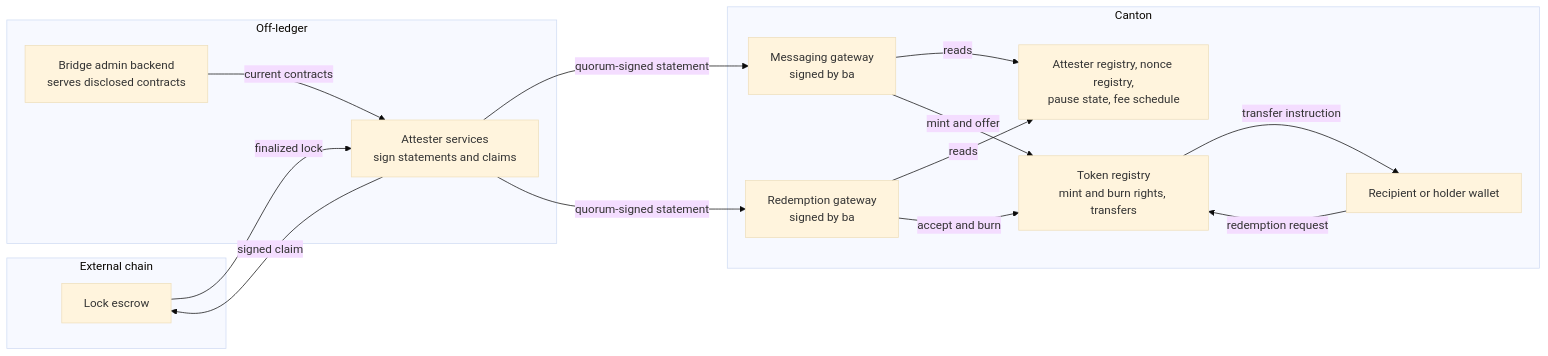
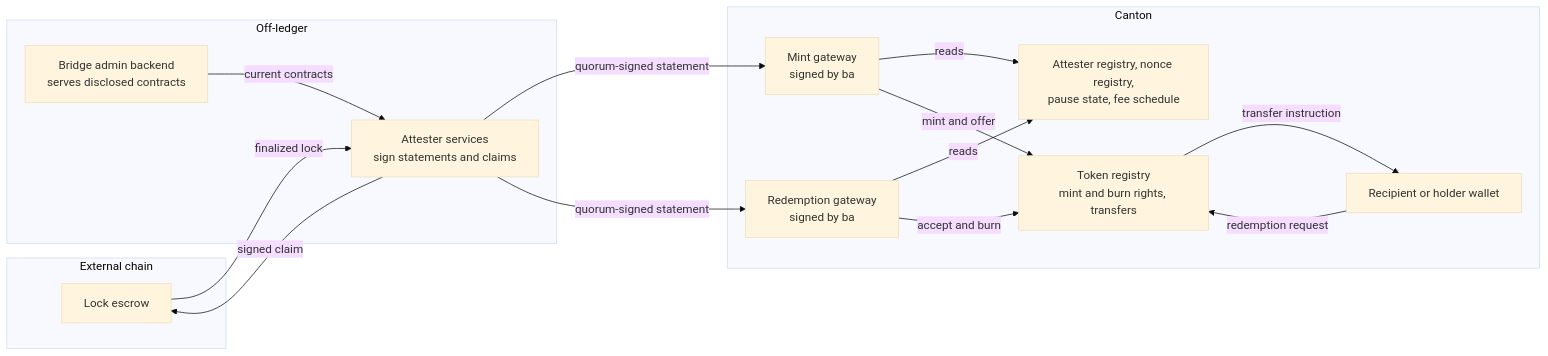
One commit to OpenZeppelin/canton-specs changed the first of 4 diagrams in docs/reference-architectures/cross-chain-stablecoin.md. Above: the diagram before and after it, drawn with Mermaid (base theme). The commit also changed other lines of this file, not shown here.

First line of the commit message:
docs: rename the messaging gateway to the mint gateway

````diff
--- a/docs/reference-architectures/cross-chain-stablecoin.md
+++ b/docs/reference-architectures/cross-chain-stablecoin.md
@@ -187,28 +187,28 @@
 ```mermaid
 flowchart LR
     subgraph Ext["External chain"]
         Escrow["Lock escrow"]
     end
     subgraph Off["Off-ledger"]
         Att["Attester services<br/>sign statements and claims"]
         Backend["Bridge admin backend<br/>serves disclosed contracts"]
     end
     subgraph Canton["Canton"]
-        MG["Messaging gateway<br/>signed by ba"]
+        MG["Mint gateway<br/>signed by ba"]
         RG["Redemption gateway<br/>signed by ba"]
         Regs["Attester registry, nonce registry,<br/>pause state, fee schedule"]
         Reg["Token registry<br/>mint and burn rights, transfers"]
         Wallet["Recipient or holder wallet"]
     end
     Escrow -- "finalized lock" --> Att
     Att -- "quorum-signed statement" --> MG
     Att -- "quorum-signed statement" --> RG
     Backend -- "current contracts" --> Att
     MG -- "reads" --> Regs
     RG -- "reads" --> Regs
     MG -- "mint and offer" --> Reg
     RG -- "accept and burn" --> Reg
     Reg -- "transfer instruction" --> Wallet
     Wallet -- "redemption request" --> Reg
     Att -- "signed claim" --> Escrow
 ```
````
